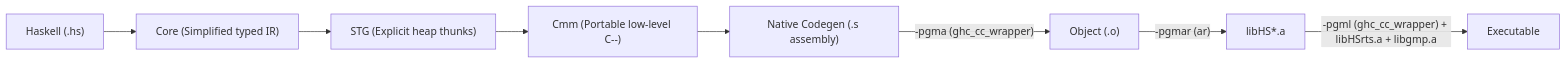
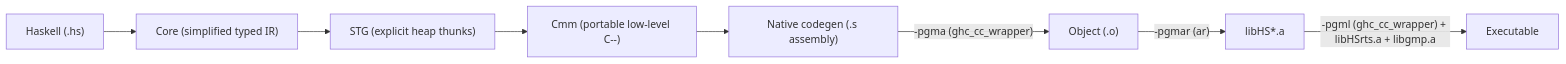
Before and after one commit to kaycebasques/hs: the second of 2 diagrams in docs/content/internals/haskell-and-ghc-primer.md, drawn with Mermaid. The commit also changed other lines of this file and 33 other files, not shown here.

````diff
--- a/docs/content/internals/haskell-and-ghc-primer.md
+++ b/docs/content/internals/haskell-and-ghc-primer.md
@@ -250,10 +238,10 @@
 ```mermaid
 flowchart LR
-    HS["Haskell (.hs)"] --> CORE["Core (Simplified typed IR)"]
-    CORE --> STG["STG (Explicit heap thunks)"]
-    STG --> CMM["Cmm (Portable low-level C--)"]
-    CMM --> NCG["Native Codegen (.s assembly)"]
+    HS["Haskell (.hs)"] --> CORE["Core (simplified typed IR)"]
+    CORE --> STG["STG (explicit heap thunks)"]
+    STG --> CMM["Cmm (portable low-level C--)"]
+    CMM --> NCG["Native codegen (.s assembly)"]
     NCG -->|"-pgma (ghc_cc_wrapper)"| OBJ["Object (.o)"]
     OBJ -->|"-pgmar (ar)"| LIB["libHS*.a"]
     LIB -->|"-pgml (ghc_cc_wrapper) + libHSrts.a + libgmp.a"| BIN["Executable"]
 ```
````
